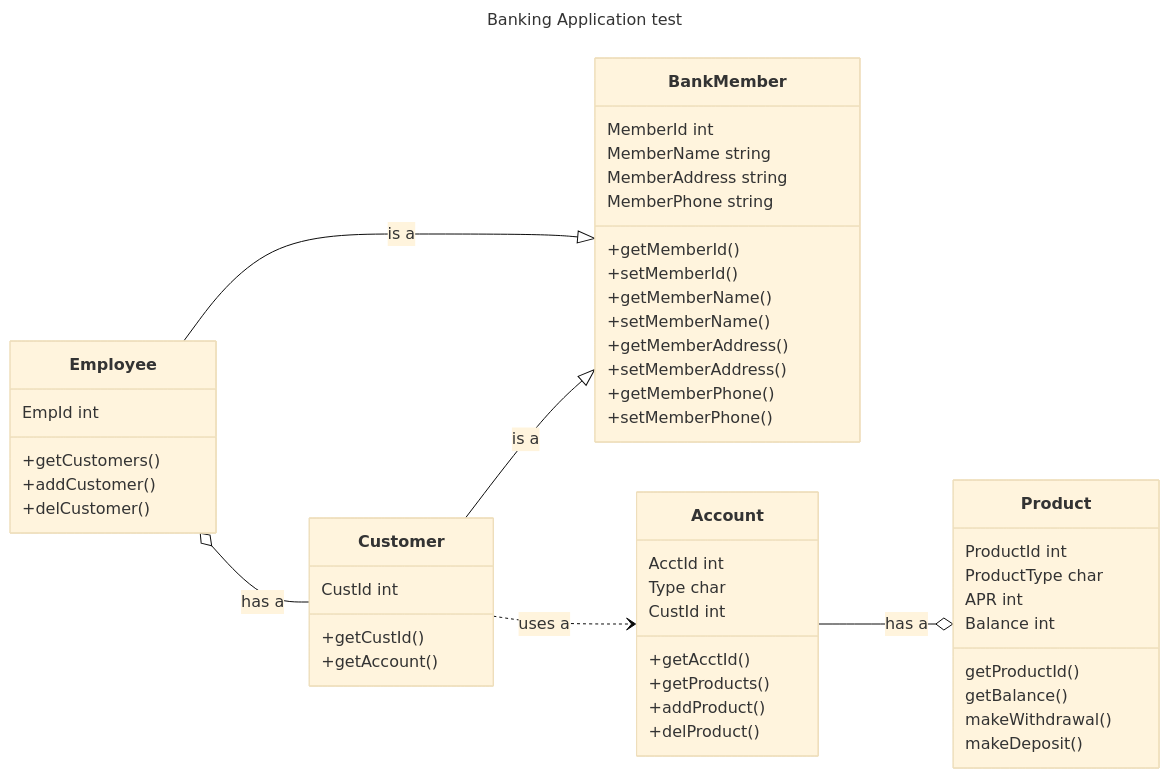
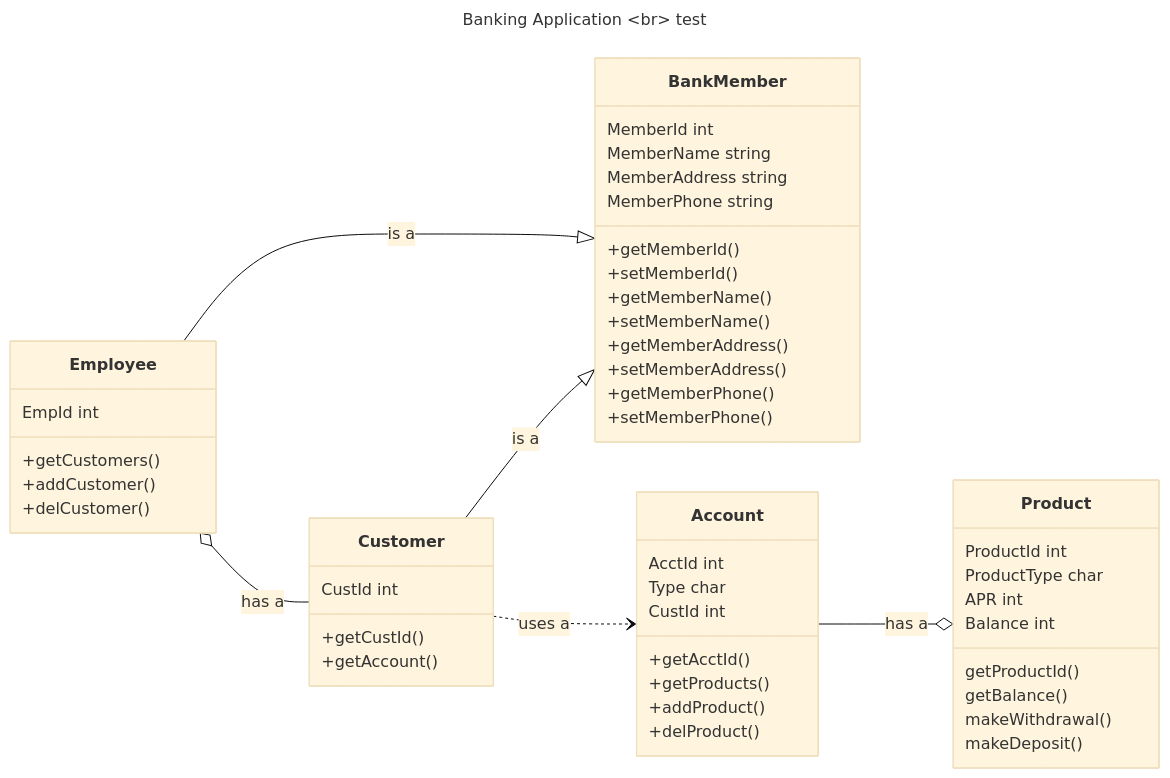
The diagram in mermaid.md (Marcus-Snell/Test), drawn with Mermaid (base theme) before and after one commit.

````diff
--- a/mermaid.md
+++ b/mermaid.md
@@ -1,52 +1,52 @@
 ```mermaid
 ---
-title: "Banking Application\ntest"
+title: Banking Application <br> test
 ---
 classDiagram
 direction LR
 BankMember
 BankMember : MemberId int
 BankMember : MemberName string
 BankMember : MemberAddress string
 BankMember : MemberPhone string
 BankMember : +getMemberId()
 BankMember : +setMemberId()
 BankMember : +getMemberName()
 BankMember : +setMemberName()
 BankMember : +getMemberAddress()
 BankMember : +setMemberAddress()
 BankMember : +getMemberPhone()
 BankMember : +setMemberPhone()
 
 Employee --|> BankMember : is a
 Employee o-- Customer : has a
 Employee : EmpId int
 Employee : +getCustomers()
 Employee : +addCustomer()
 Employee : +delCustomer()
 
 Customer --|> BankMember : is a
 Customer ..> Account : uses a
 Customer : CustId int
 Customer : +getCustId()
 Customer : +getAccount()
 
 Account --o Product : has a
 Account : AcctId int
 Account : Type char
 Account : CustId int
 Account : +getAcctId()
 Account : +getProducts()
 Account : +addProduct()
 Account : +delProduct()
 
 Product : ProductId int
 Product : ProductType char
 Product : APR int
 Product : Balance int
 Product : getProductId()
 Product : getBalance()
 Product : makeWithdrawal()
 Product : makeDeposit()
 
 ```
````
